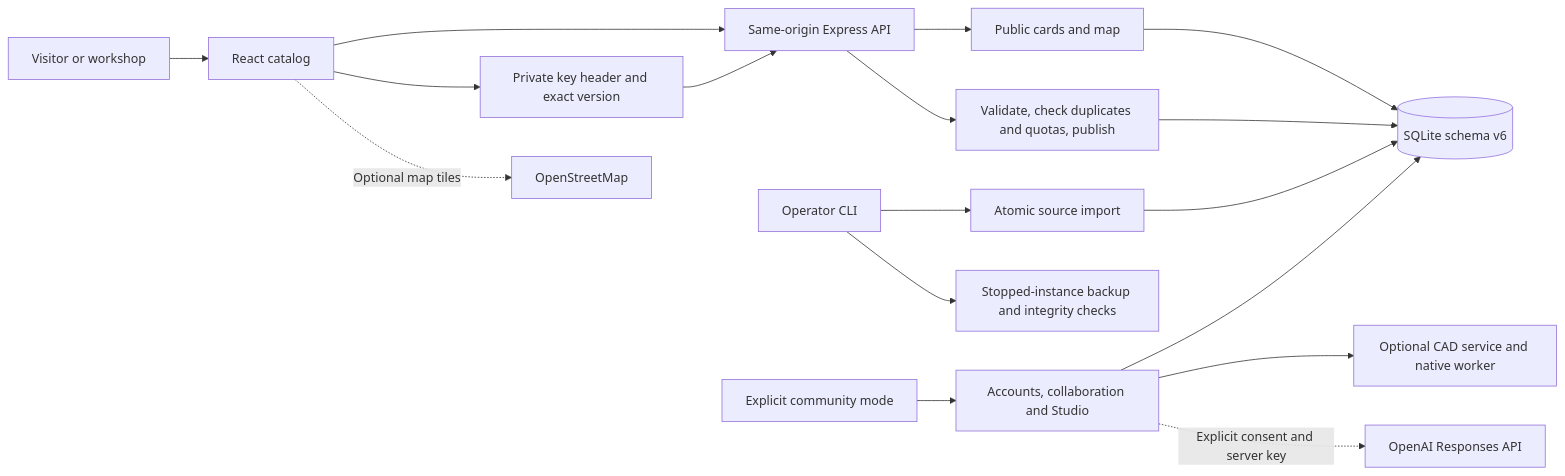
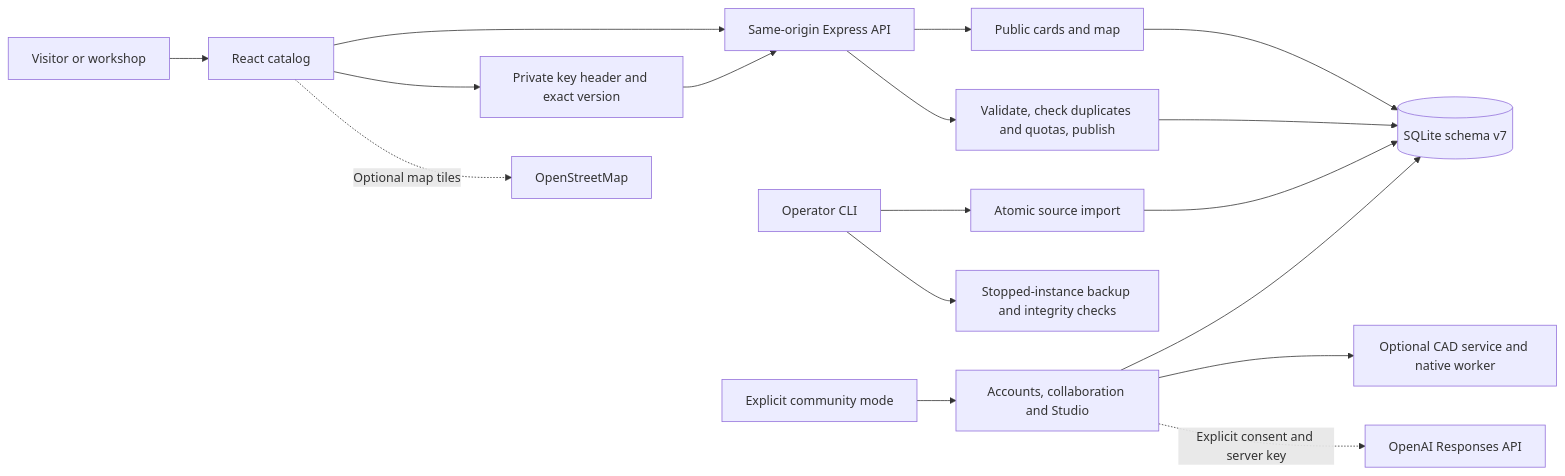
The diagram in docs/ARCHITECTURE.md (ultim8digital/openprint), drawn with Mermaid before and after one commit. The commit also changed other lines of this file and 216 other files, not shown here.

````diff
--- a/docs/ARCHITECTURE.md
+++ b/docs/ARCHITECTURE.md
@@ -9,19 +9,19 @@
 ```mermaid
 flowchart LR
     Visitor[Visitor or workshop] --> UI[React catalog]
     UI --> API[Same-origin Express API]
     API --> Read[Public cards and map]
     API --> Publish[Validate, check duplicates and quotas, publish]
     UI --> Manage[Private key header and exact version]
     Manage --> API
-    Read --> DB[(SQLite schema v6)]
+    Read --> DB[(SQLite schema v7)]
     Publish --> DB
     Operator[Operator CLI] --> Import[Atomic source import]
     Import --> DB
     UI -. Optional map tiles .-> OSM[OpenStreetMap]
     Mode[Explicit community mode] --> Community[Accounts, collaboration and Studio]
     Community --> DB
     Community --> Queue[Optional CAD service and native worker]
     Community -. Explicit consent and server key .-> AI[OpenAI Responses API]
     Operator --> Backup[Stopped-instance backup and integrity checks]
 ```
````
